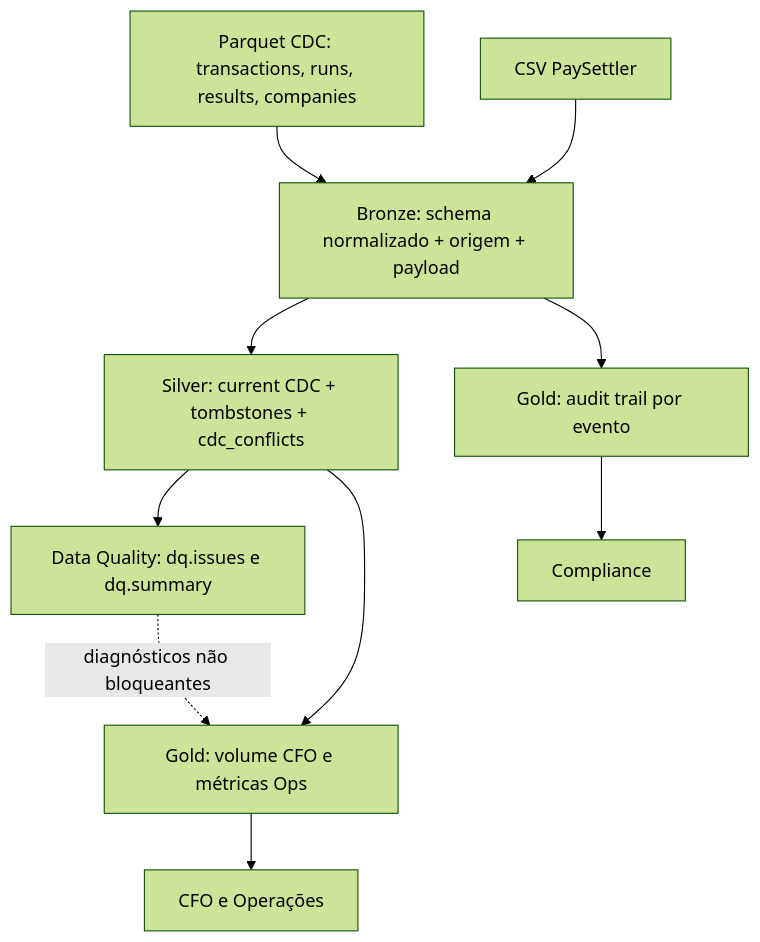
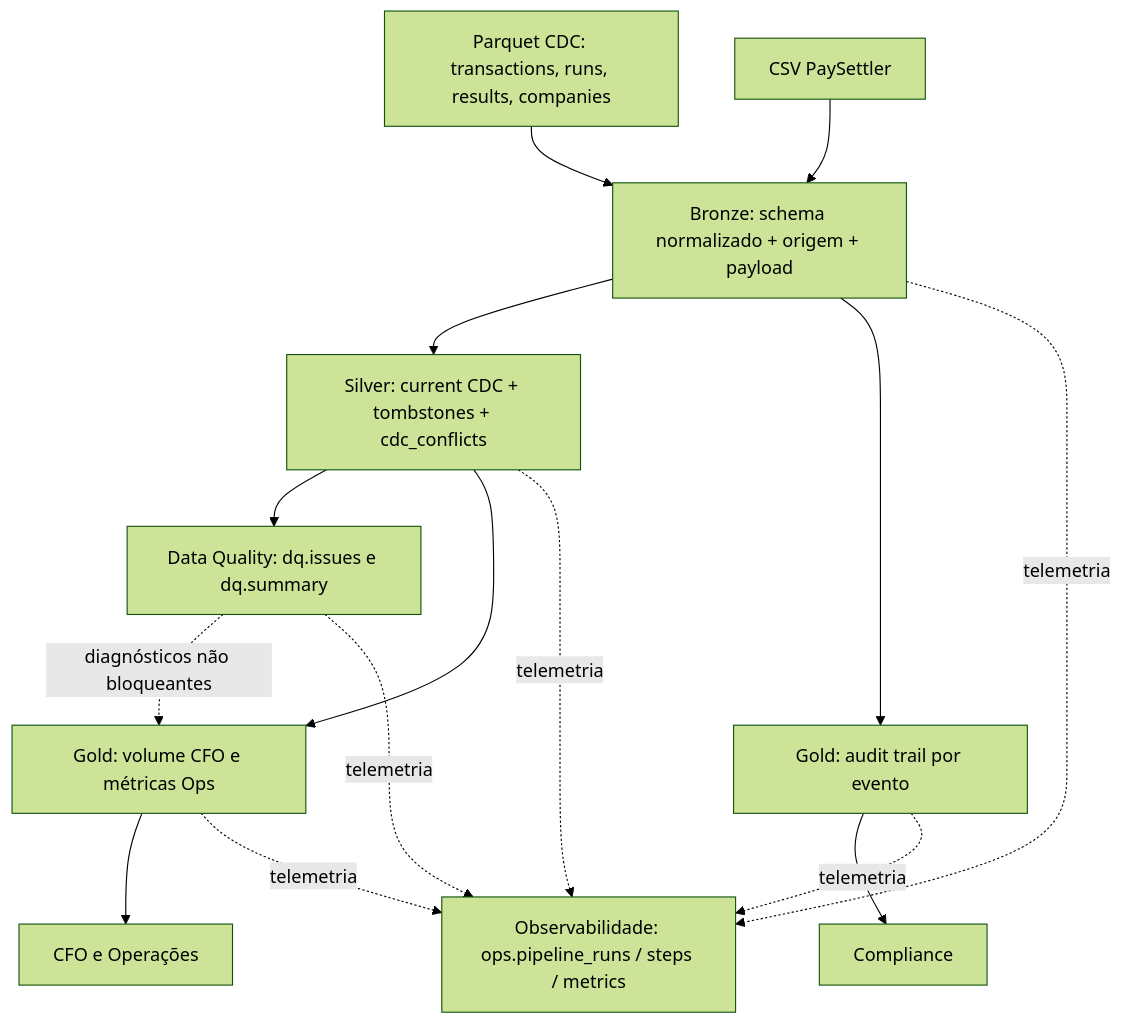
The diagram in README.md (msantosou/data-engineer-challenge), drawn with Mermaid (forest theme) before and after one commit. The commit also changed other lines of this file and 5 other files, not shown here.

````diff
--- a/README.md
+++ b/README.md
@@ -93,12 +96,17 @@
 ```mermaid
 flowchart TD
   A[Parquet CDC: transactions, runs, results, companies] --> B[Bronze: schema normalizado + origem + payload]
   C[CSV PaySettler] --> B
   B --> D[Silver: current CDC + tombstones + cdc_conflicts]
   B --> H[Gold: audit trail por evento]
   D --> E[Data Quality: dq.issues e dq.summary]
   D --> F[Gold: volume CFO e métricas Ops]
   E -. diagnósticos não bloqueantes .-> F
   F --> G[CFO e Operações]
   H --> I[Compliance]
+  B -. telemetria .-> O[Observabilidade: ops.pipeline_runs / steps / metrics]
+  D -. telemetria .-> O
+  E -. telemetria .-> O
+  F -. telemetria .-> O
+  H -. telemetria .-> O
 ```
````
